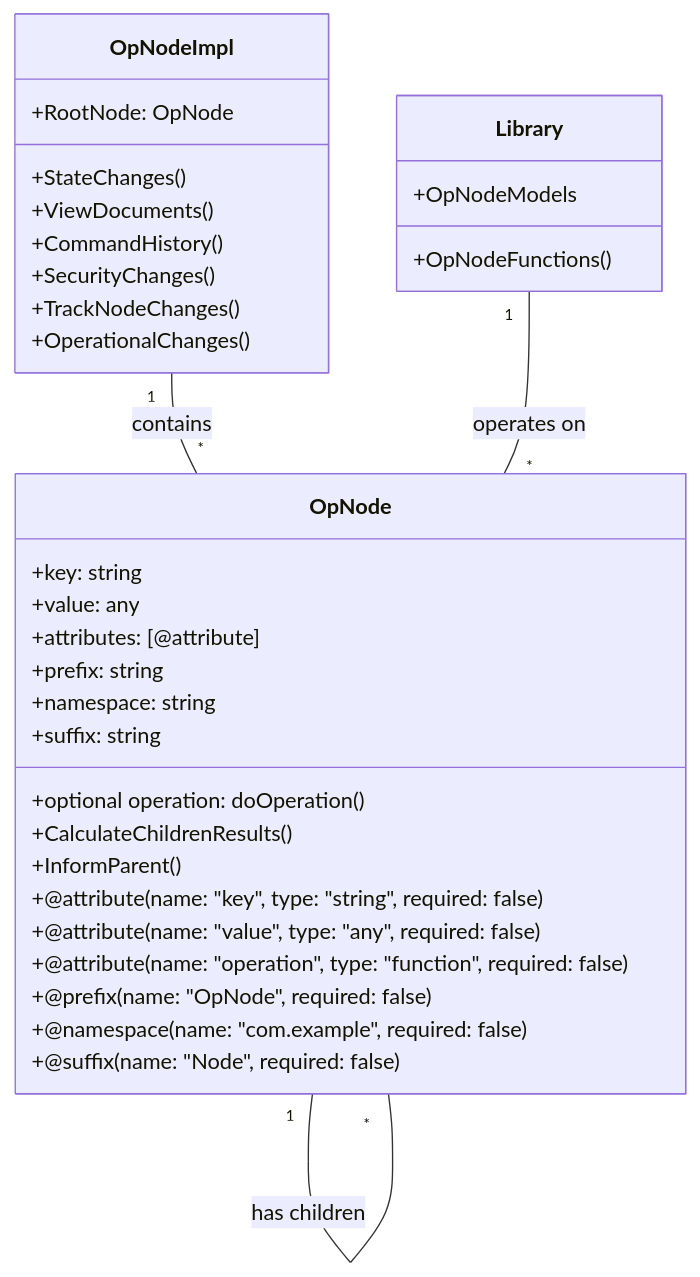
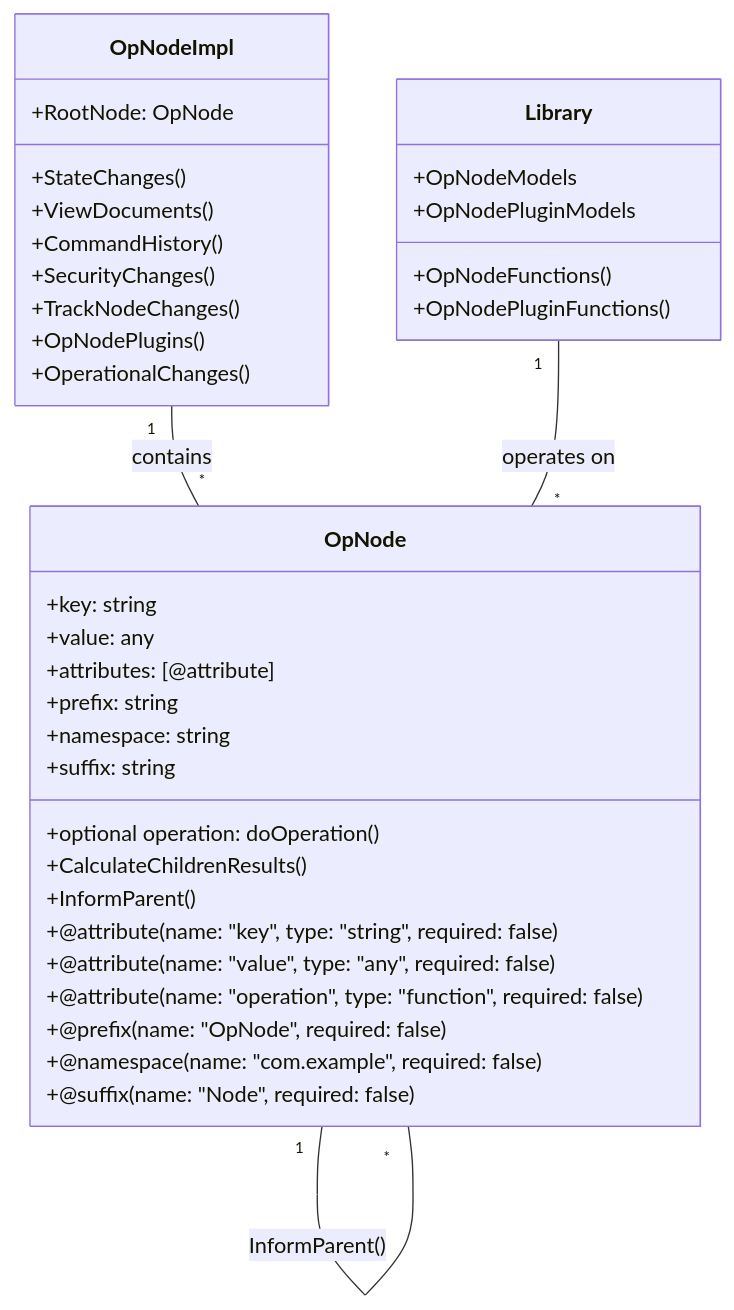
One commit to UserLevelUp/OpNode changed the diagram in README.md. Above: the diagram before and after it, drawn with Mermaid.

````diff
--- a/README.md
+++ b/README.md
@@ -9,39 +9,42 @@
 ```mermaid
 classDiagram
     class OpNodeImpl{
         +RootNode: OpNode
         +StateChanges()
         +ViewDocuments()
         +CommandHistory()
         +SecurityChanges()
         +TrackNodeChanges()
+        +OpNodePlugins()
         +OperationalChanges()
     }
     class OpNode{
         +key: string
         +value: any
         +optional operation: doOperation()
         +CalculateChildrenResults()
         +InformParent()
         +@attribute(name: "key", type: "string", required: false)
         +@attribute(name: "value", type: "any", required: false)
         +@attribute(name: "operation", type: "function", required: false)
         +@prefix(name: "OpNode", required: false)
         +@namespace(name: "com.example", required: false)
         +@suffix(name: "Node", required: false)
         +attributes: [@attribute]
         +prefix: string
         +namespace: string
         +suffix: string
     }
     class Library{
         +OpNodeModels
         +OpNodeFunctions()
+        +OpNodePluginModels
+        +OpNodePluginFunctions()
     }
     OpNodeImpl "1" -- "*" OpNode: contains
     Library "1" -- "*" OpNode: operates on
+    OpNode "1" -- "*" OpNode: has children
     OpNode "1" -- "*" OpNode: doOperation()
     OpNode "1" -- "*" OpNode: CalculateChildrenResults()
     OpNode "1" -- "*" OpNode: InformParent()
-    OpNode "1" -- "*" OpNode: has children
 ```
````
